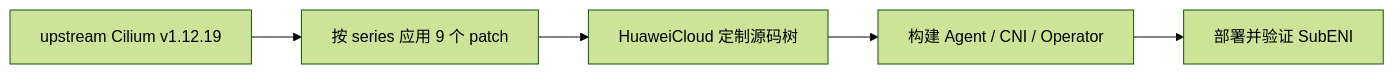
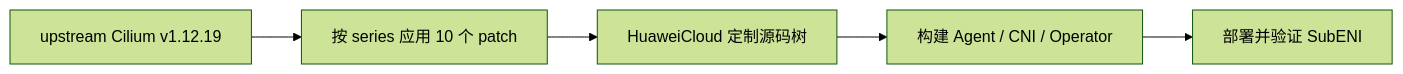
Before and after one commit to lchany/huawei-cilium-plug: the diagram in README.md, drawn with Mermaid (forest theme). The commit also changed other lines of this file and 4 other files, not shown here.

````diff
--- a/README.md
+++ b/README.md
@@ -97,10 +104,10 @@
 ```mermaid
 flowchart LR
     base["upstream Cilium v1.12.19"]
-    patches["按 series 应用 9 个 patch"]
+    patches["按 series 应用 10 个 patch"]
     source["HuaweiCloud 定制源码树"]
     build["构建 Agent / CNI / Operator"]
     deploy["部署并验证 SubENI"]
 
     base --> patches --> source --> build --> deploy
 ```
````
